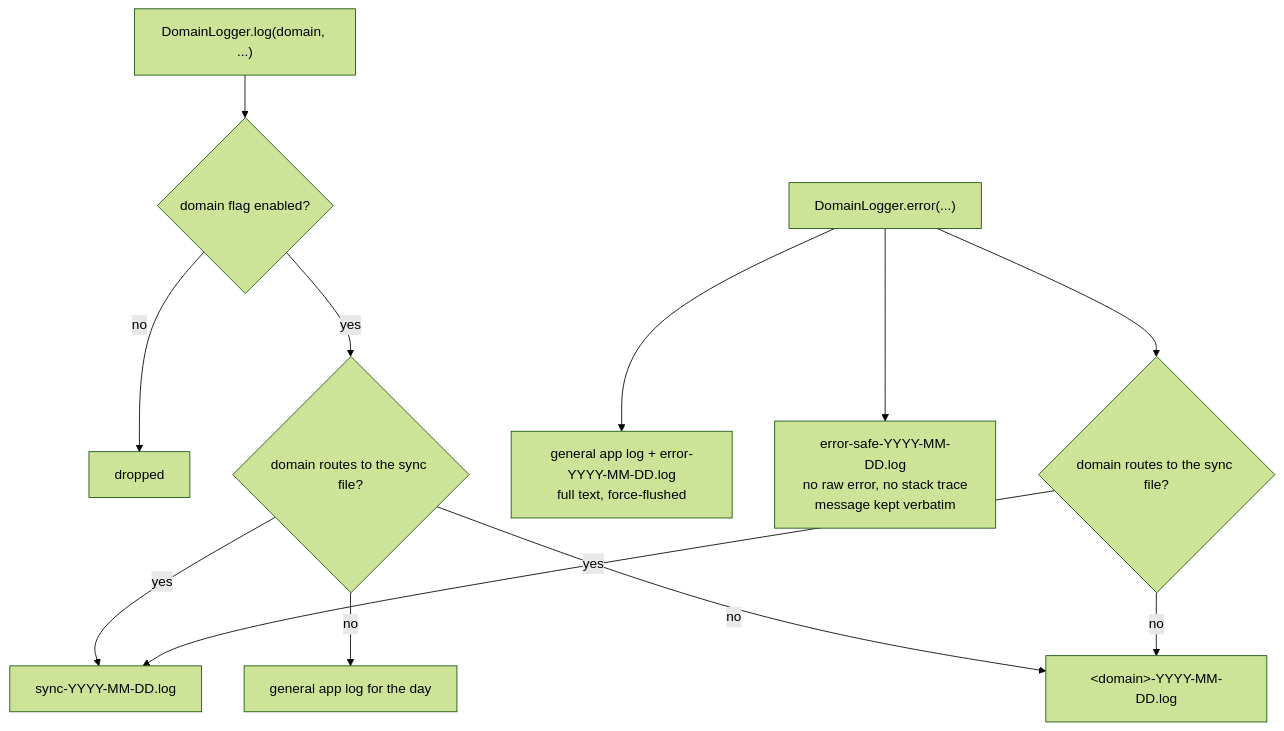
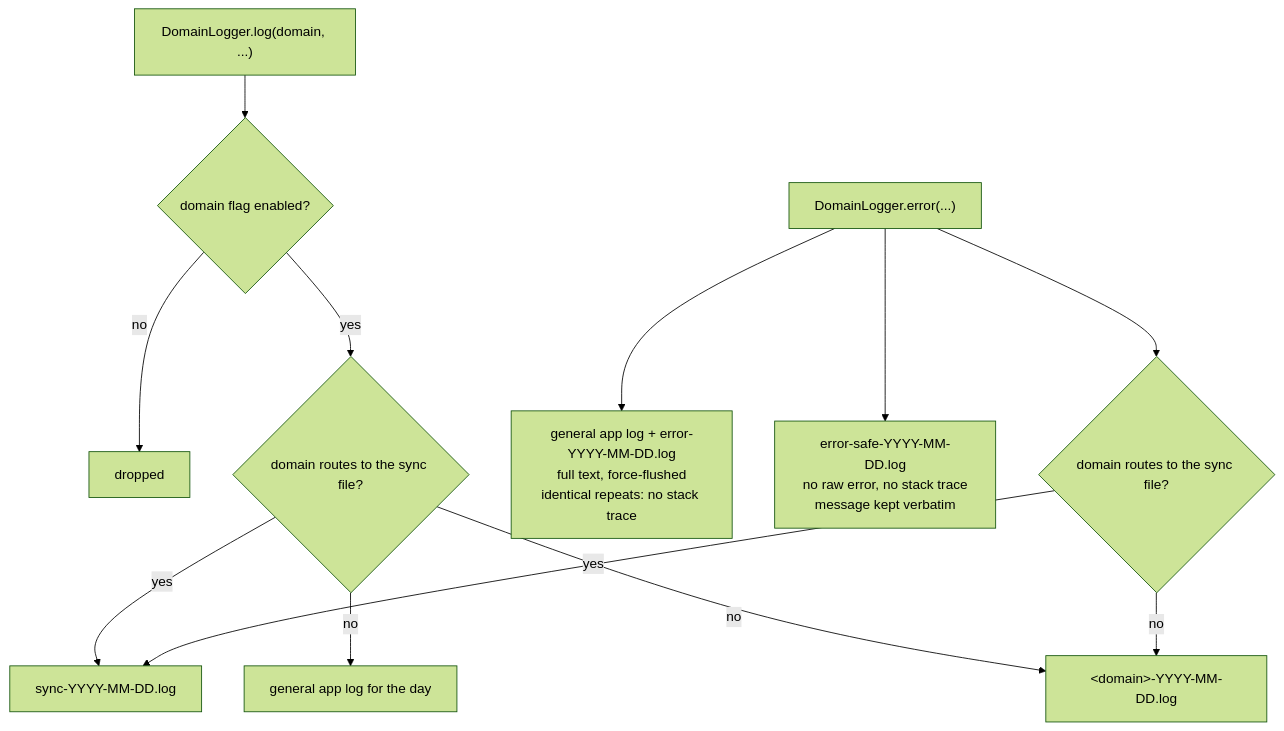
One commit to matthiasn/lotti changed the diagram in knowledge/architecture/logging-and-diagnostics.md. Above: the diagram before and after it, drawn with Mermaid (forest theme). The commit also changed other lines of this file and 2 other files, not shown here.

First line of the commit message:
fix(logging): log a repeated error's stack trace once, not every time

````diff
--- a/knowledge/architecture/logging-and-diagnostics.md
+++ b/knowledge/architecture/logging-and-diagnostics.md
@@ -68,14 +68,14 @@
 ```mermaid
 flowchart TD
   Log["DomainLogger.log(domain, ...)"] --> Enabled{"domain flag enabled?"}
   Enabled -->|no| Drop["dropped"]
   Enabled -->|yes| RoutineRoute{"domain routes to the sync file?"}
   RoutineRoute -->|yes| SyncLog["sync-YYYY-MM-DD.log"]
   RoutineRoute -->|no| General["general app log for the day"]
   RoutineRoute -->|no| DomainLog["&lt;domain&gt;-YYYY-MM-DD.log"]
-  Err["DomainLogger.error(...)"] --> General2["general app log + error-YYYY-MM-DD.log<br/>full text, force-flushed"]
+  Err["DomainLogger.error(...)"] --> General2["general app log + error-YYYY-MM-DD.log<br/>full text, force-flushed<br/>identical repeats: no stack trace"]
   Err --> Safe["error-safe-YYYY-MM-DD.log<br/>no raw error, no stack trace<br/>message kept verbatim"]
   Err --> PerDomain{"domain routes to the sync file?"}
   PerDomain -->|yes| SyncLog
   PerDomain -->|no| DomainLog
 ```
````
